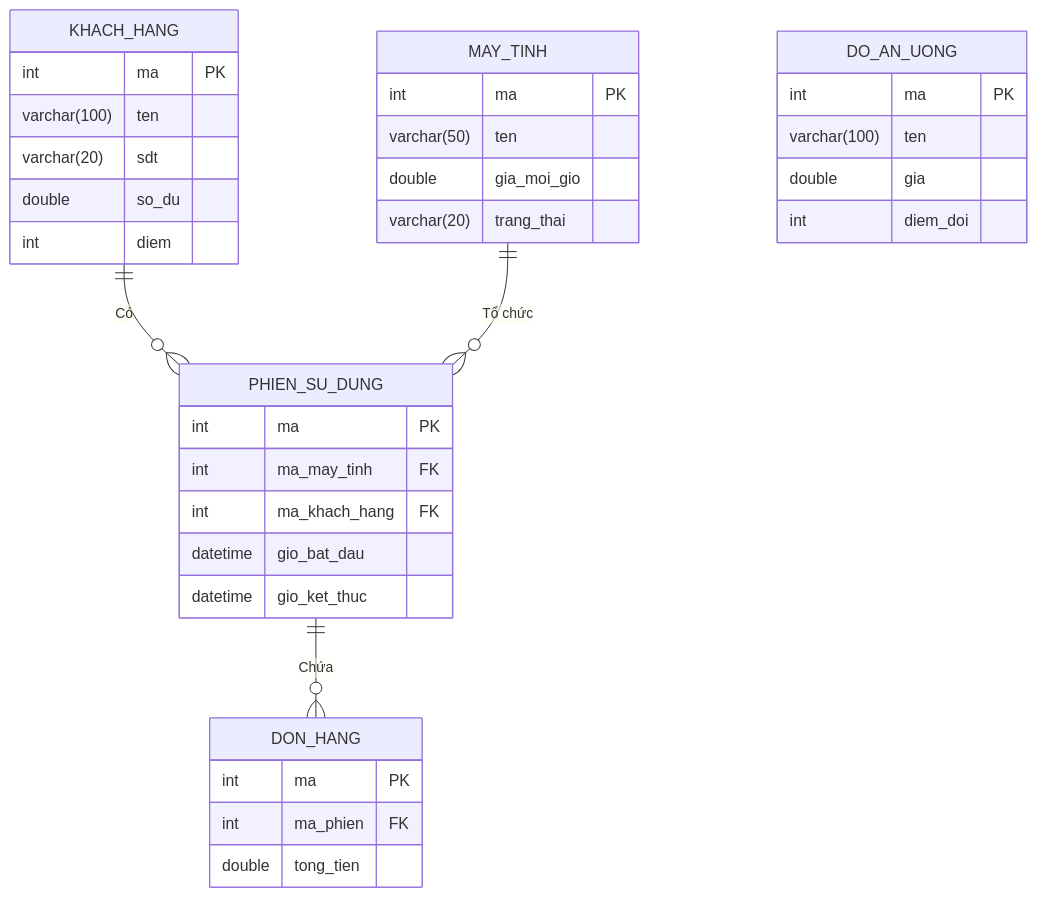
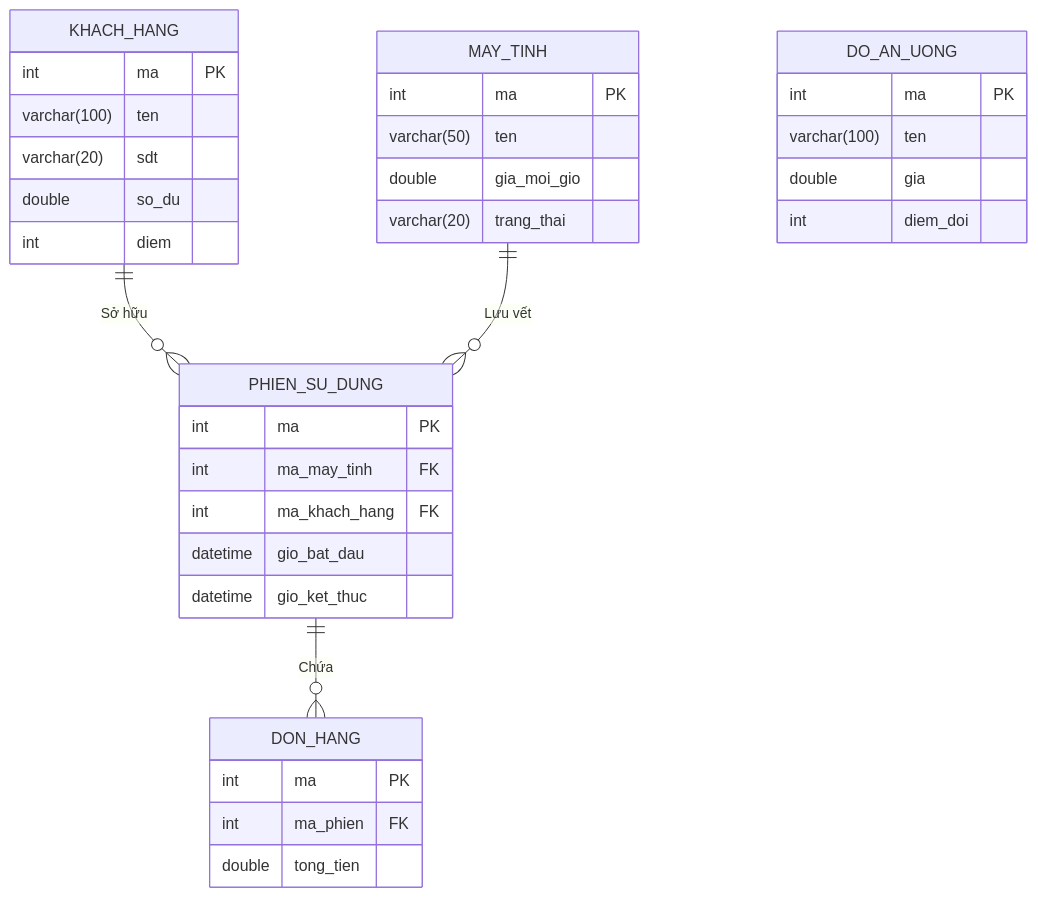
The second of 2 diagrams in BaoCao_SAD_CyberNet/Chuong_3_Thiet_Ke.md (phhuyen1109/BTL), drawn with Mermaid before and after one commit. The commit also changed other lines of this file and 3 other files, not shown here.

````diff
--- a/BaoCao_SAD_CyberNet/Chuong_3_Thiet_Ke.md
+++ b/BaoCao_SAD_CyberNet/Chuong_3_Thiet_Ke.md
@@ -89,38 +85,38 @@
 ```mermaid
 erDiagram
     KHACH_HANG {
         int ma PK
         varchar(100) ten
         varchar(20) sdt
         double so_du
         int diem
     }
     MAY_TINH {
         int ma PK
         varchar(50) ten
         double gia_moi_gio
         varchar(20) trang_thai
     }
     PHIEN_SU_DUNG {
         int ma PK
         int ma_may_tinh FK
         int ma_khach_hang FK
         datetime gio_bat_dau
         datetime gio_ket_thuc
     }
     DO_AN_UONG {
         int ma PK
         varchar(100) ten
         double gia
         int diem_doi
     }
     DON_HANG {
         int ma PK
         int ma_phien FK
         double tong_tien
     }
 
-    KHACH_HANG ||--o{ PHIEN_SU_DUNG : "Có"
-    MAY_TINH ||--o{ PHIEN_SU_DUNG : "Tổ chức"
+    KHACH_HANG ||--o{ PHIEN_SU_DUNG : "Sở hữu"
+    MAY_TINH ||--o{ PHIEN_SU_DUNG : "Lưu vết"
     PHIEN_SU_DUNG ||--o{ DON_HANG : "Chứa"
 ```
````
